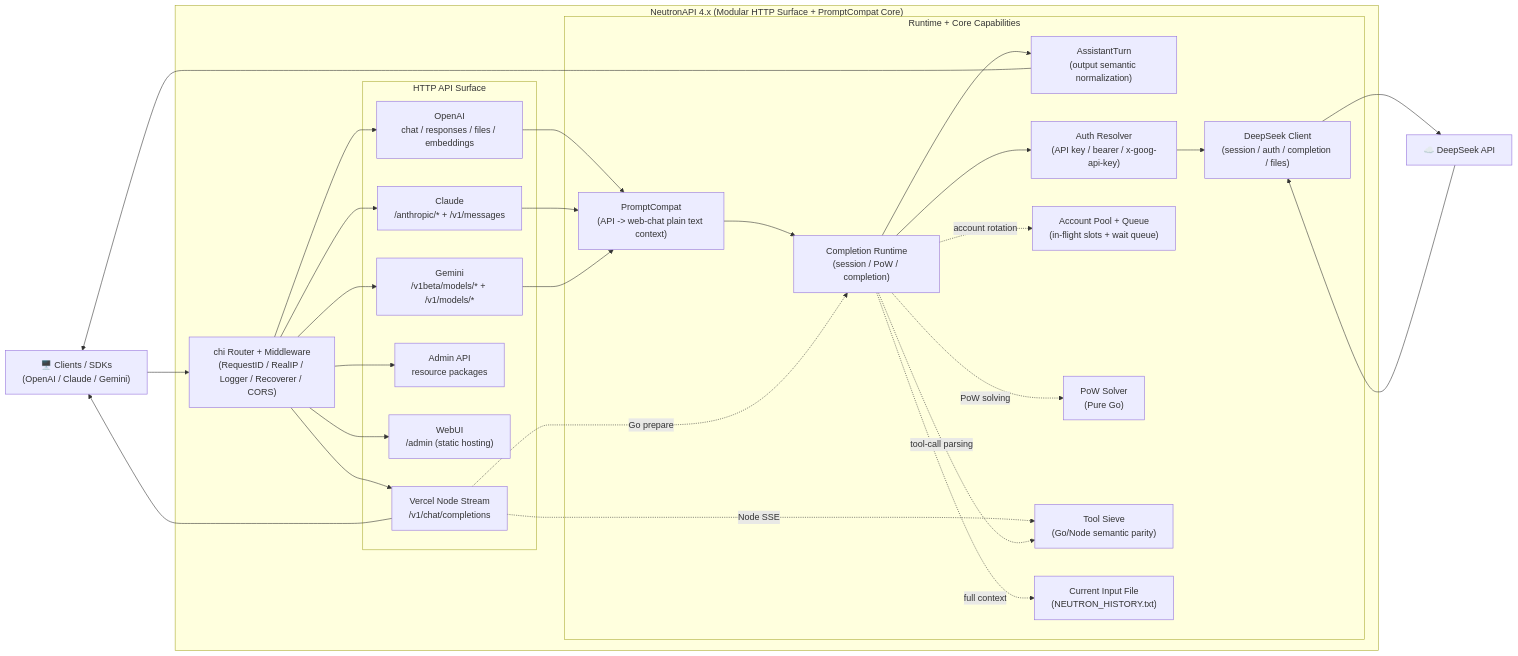
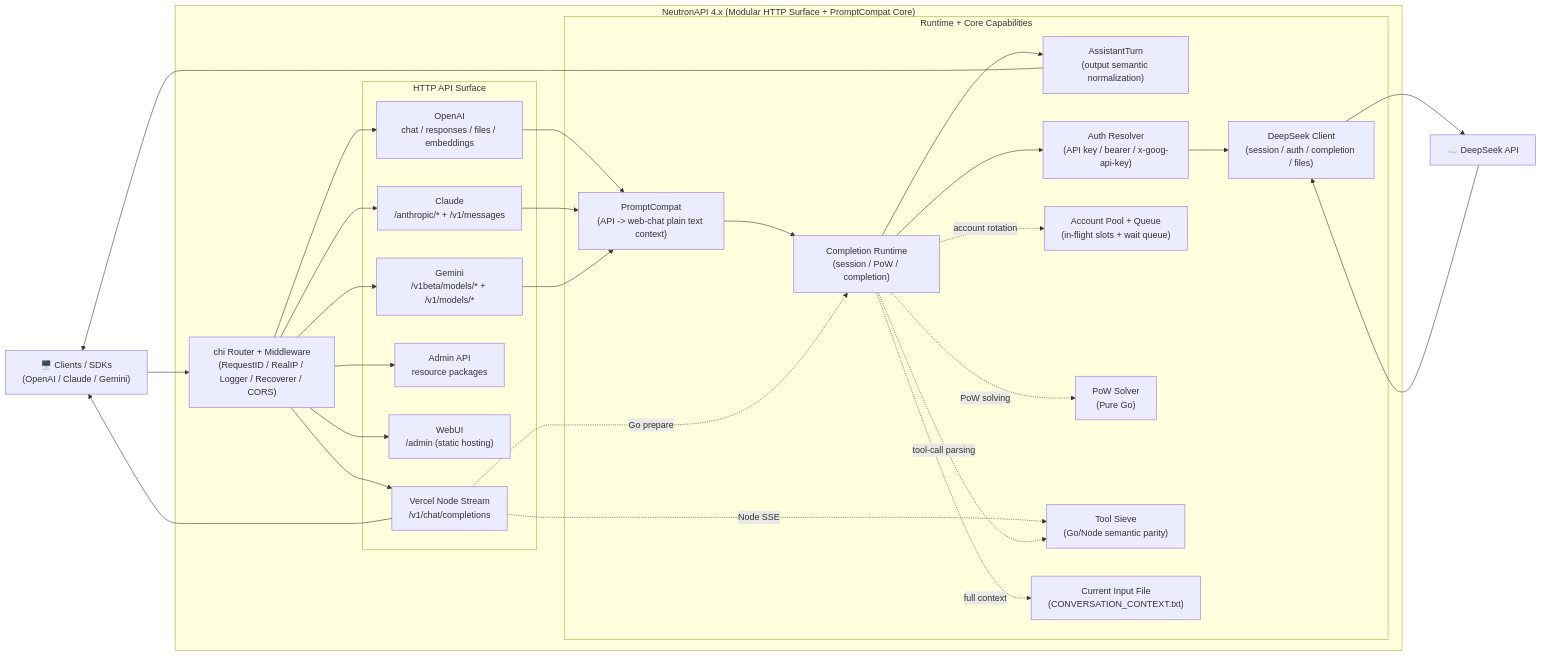
One commit to 8w6s/ds2api changed the diagram in README.MD. Above: the diagram before and after it, drawn with Mermaid. The commit also changed other lines of this file and 13 other files, not shown here.

````diff
--- a/README.MD
+++ b/README.MD
@@ -62,53 +62,53 @@
 ```mermaid
 flowchart LR
     Client["🖥️ Clients / SDKs\n(OpenAI / Claude / Gemini)"]
     Upstream["☁️ DeepSeek API"]
 
     subgraph NeutronAPI["NeutronAPI 4.x (Modular HTTP Surface + PromptCompat Core)"]
         Router["chi Router + Middleware\n(RequestID / RealIP / Logger / Recoverer / CORS)"]
 
         subgraph HTTP["HTTP API Surface"]
             OA["OpenAI\nchat / responses / files / embeddings"]
             CA["Claude\n/anthropic/* + /v1/messages"]
             GA["Gemini\n/v1beta/models/* + /v1/models/*"]
             Admin["Admin API\nresource packages"]
             WebUI["WebUI\n/admin (static hosting)"]
             Vercel["Vercel Node Stream\n/v1/chat/completions"]
         end
 
         subgraph Runtime["Runtime + Core Capabilities"]
             Compat["PromptCompat\n(API -> web-chat plain text context)"]
             Completion["Completion Runtime\n(session / PoW / completion)"]
             Turn["AssistantTurn\n(output semantic normalization)"]
             Auth["Auth Resolver\n(API key / bearer / x-goog-api-key)"]
             Pool["Account Pool + Queue\n(in-flight slots + wait queue)"]
             DSClient["DeepSeek Client\n(session / auth / completion / files)"]
             Pow["PoW Solver\n(Pure Go)"]
             Tool["Tool Sieve\n(Go/Node semantic parity)"]
-            History["Current Input File\n(NEUTRON_HISTORY.txt)"]
+            History["Current Input File\n(CONVERSATION_CONTEXT.txt)"]
         end
     end
 
     Client --> Router
     Router --> OA & CA & GA
     Router --> Admin
     Router --> WebUI
     Router --> Vercel
 
     OA --> Compat
     CA & GA --> Compat
     Compat --> Completion
     Completion -.full context.-> History
     Completion --> Turn
     Vercel -.Go prepare.-> Completion
     Vercel -.Node SSE.-> Tool
     Completion --> Auth
     Completion -.account rotation.-> Pool
     Completion -.tool-call parsing.-> Tool
     Completion -.PoW solving.-> Pow
     Auth --> DSClient
     DSClient --> Upstream
     Upstream --> DSClient
     Turn --> Client
     Vercel --> Client
 ```
````
